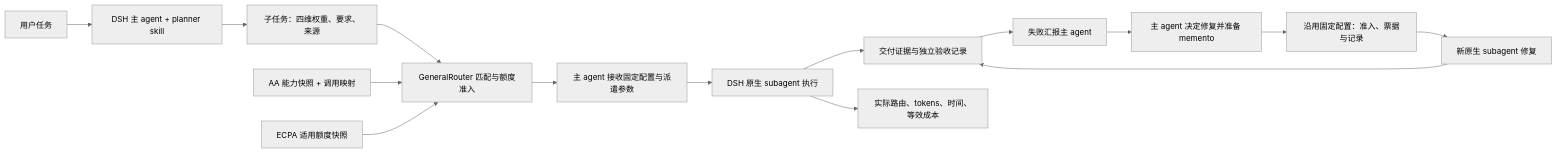
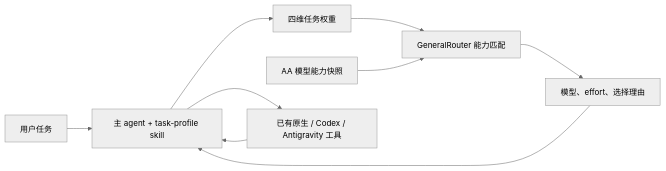
Before and after one commit to AshenJyy/GeneralRouter: the diagram in README.md, drawn with Mermaid (neutral theme). The commit also changed other lines of this file and 20 other files, not shown here.

Commit message:
Simplify GeneralRouter to model selection without execution guards

````diff
--- a/README.md
+++ b/README.md
@@ -13,17 +5,11 @@
 ```mermaid
 flowchart LR
-    U[用户任务] --> P[DSH 主 agent + planner skill]
-    P --> T[子任务：四维权重、要求、来源]
-    T --> R[GeneralRouter 匹配与额度准入]
-    C[AA 能力快照 + 调用映射] --> R
-    Q[ECPA 适用额度快照] --> R
-    R --> D[主 agent 接收固定配置与派遣参数]
-    D --> S[DSH 原生 subagent 执行]
-    S --> A[交付证据与独立验收记录]
-    S --> L[实际路由、tokens、时间、等效成本]
-    A --> F[失败汇报主 agent]
-    F --> M[主 agent 决定修复并准备 memento]
-    M --> H[沿用固定配置：准入、票据与记录]
-    H --> W[新原生 subagent 修复]
-    W --> A
+    U[用户任务] --> P[主 agent + task-profile skill]
+    P --> T[四维任务权重]
+    T --> R[GeneralRouter 能力匹配]
+    C[AA 模型能力快照] --> R
+    R --> M[模型、effort、选择理由]
+    M --> P
+    P --> S[已有原生 / Codex / Antigravity 工具]
+    S --> P
 ```
````
